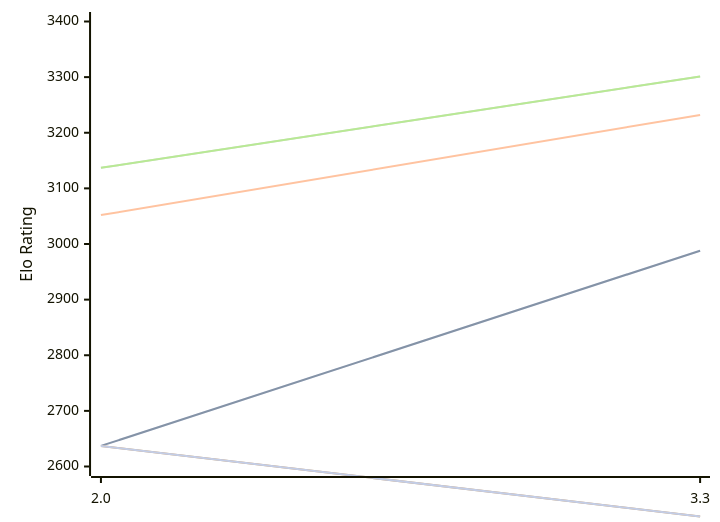
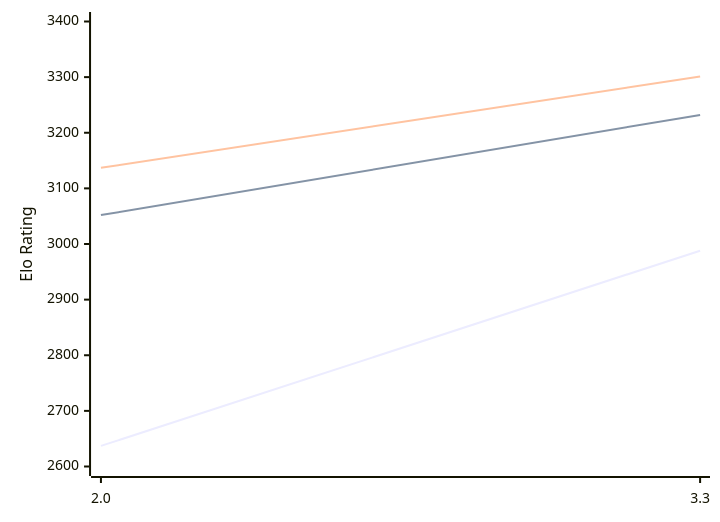
One commit to computer-chess-index/cci changed the diagram in engines/Ceylondemon.md. Above: the diagram before and after it, drawn with Mermaid. The commit also changed other lines of this file, not shown here.

````diff
--- a/engines/Ceylondemon.md
+++ b/engines/Ceylondemon.md
@@ -48,13 +48,9 @@
 ```mermaid
 %%{init: {"theme":"base","themeVariables":{"seriesColors:['#a3a3a3','#222221','#faa371']}}}%%
 xychart-beta
   x-axis ["2.0", "3.3"]
   y-axis "Elo Rating" 2600 --> 3400
-  line "" [2637, 2988]
   line "T1: STC (8.0+0.08s)" [2637, 2988]
   line "T1: LTC (60.0+0.60s)" [3052, 3232]
-  line "" [3137, 3301]
   line "T1: VLTC (2m24s+1.12s)" [3137, 3301]
-  line "" [2637,2510]
-  line "E1: STC (8.0+0.08s)" [2637,2510]
 ```
````
